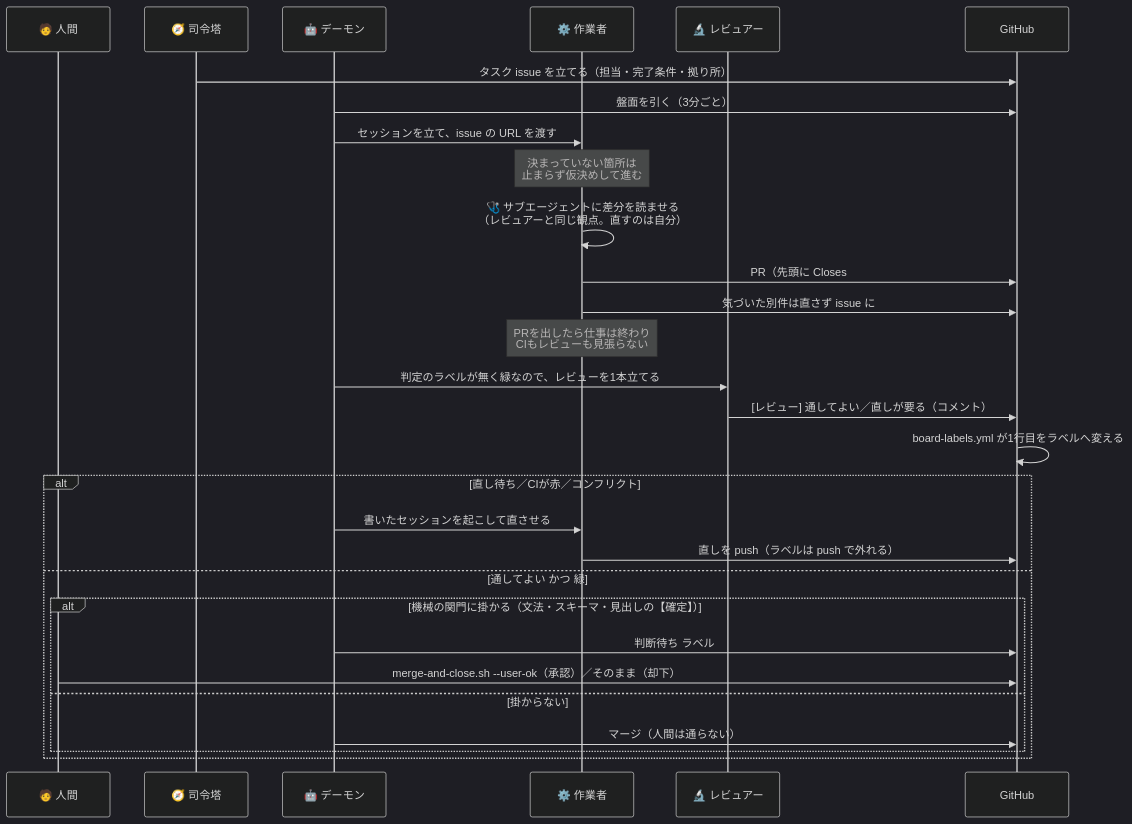
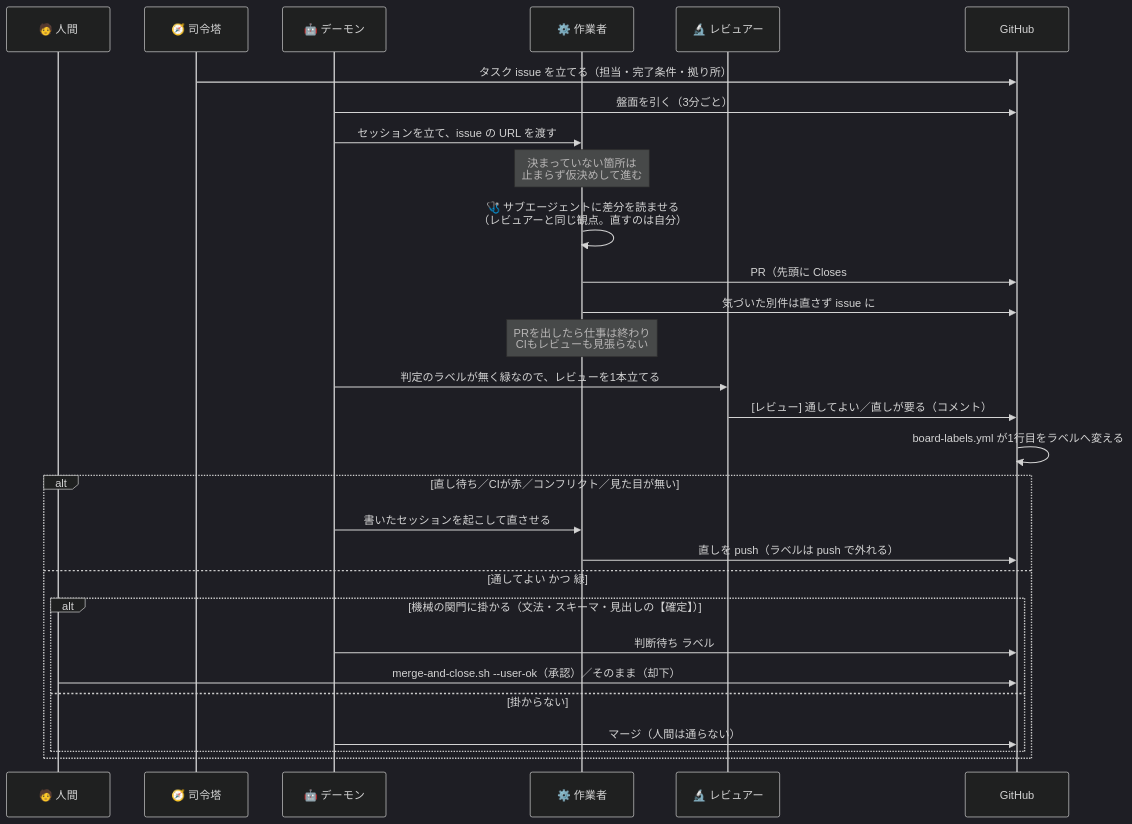
Before and after one commit to gooyyu1/UnmappedIsland: the third of 5 diagrams in docs/ParallelAgents.md, drawn with Mermaid (dark theme). The commit also changed other lines of this file and 12 other files, not shown here.

````diff
--- a/docs/ParallelAgents.md
+++ b/docs/ParallelAgents.md
@@ -196,33 +196,33 @@
 ```mermaid
 sequenceDiagram
     participant H as 🧑 人間
     participant C as 🧭 司令塔
     participant D as 🤖 デーモン
     participant W as ⚙️ 作業者
     participant R as 🔬 レビュアー
     participant G as GitHub
 
     C->>G: タスク issue を立てる（担当・完了条件・拠り所）
     D->>G: 盤面を引く（3分ごと）
     D->>W: セッションを立て、issue の URL を渡す
     Note over W: 決まっていない箇所は<br/>止まらず仮決めして進む
     W->>W: 🩺 サブエージェントに差分を読ませる<br/>（レビュアーと同じ観点。直すのは自分）
     W->>G: PR（先頭に Closes #N と ## 仮決め）
     W->>G: 気づいた別件は直さず issue に
     Note over W: PRを出したら仕事は終わり<br/>CIもレビューも見張らない
     D->>R: 判定のラベルが無く緑なので、レビューを1本立てる
     R->>G: [レビュー] 通してよい／直しが要る（コメント）
     G->>G: board-labels.yml が1行目をラベルへ変える
 
-    alt 直し待ち／CIが赤／コンフリクト
+    alt 直し待ち／CIが赤／コンフリクト／見た目が無い
         D->>W: 書いたセッションを起こして直させる
         W->>G: 直しを push（ラベルは push で外れる）
     else 通してよい かつ 緑
         alt 機械の関門に掛かる（文法・スキーマ・見出しの【確定】）
             D->>G: 判断待ち ラベル
             H->>G: merge-and-close.sh --user-ok（承認）／そのまま（却下）
         else 掛からない
             D->>G: マージ（人間は通らない）
         end
     end
 ```
````
